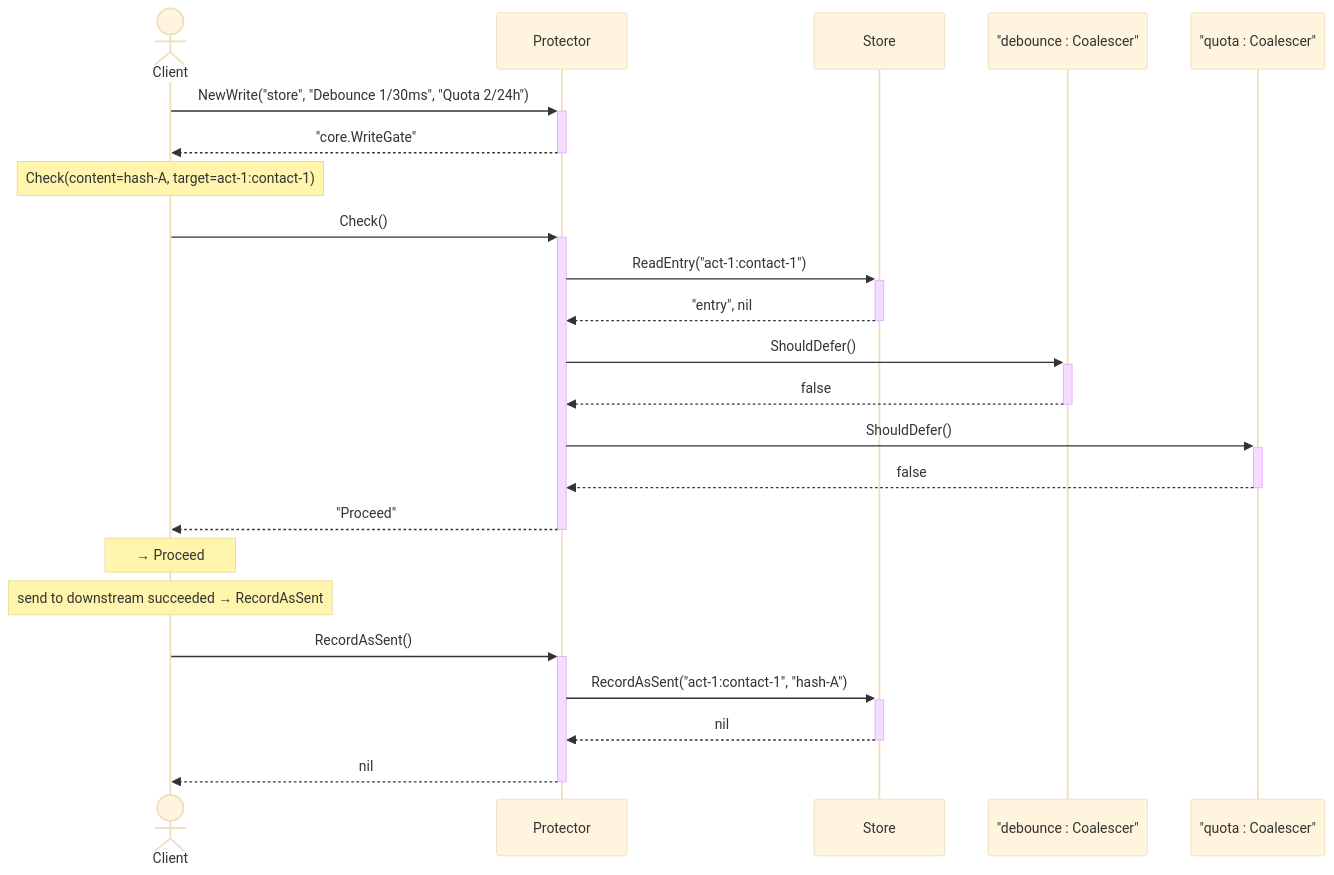
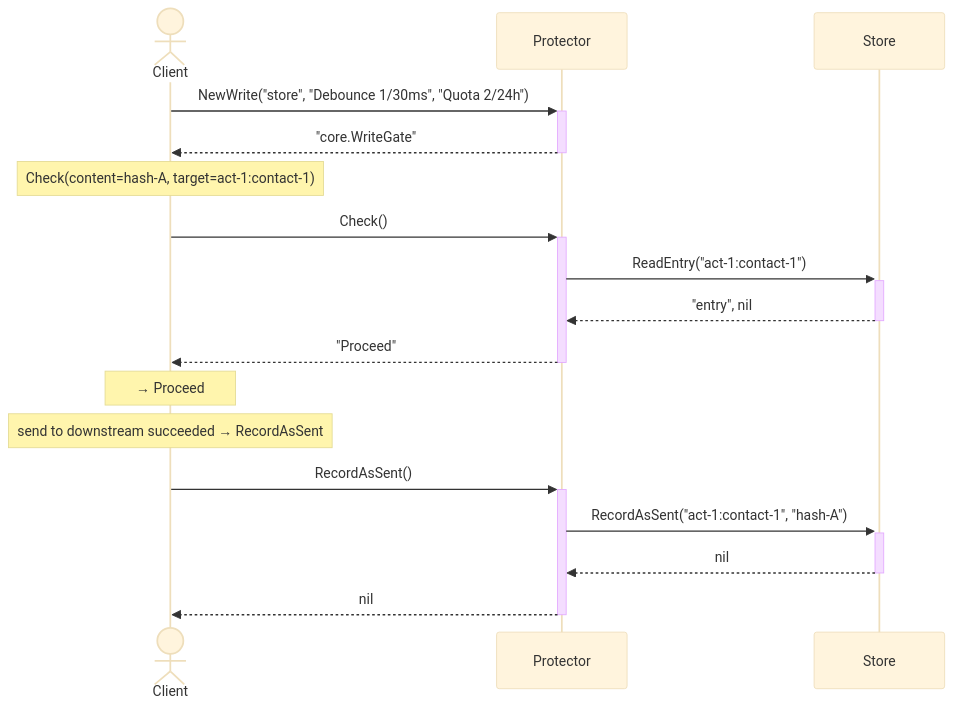
The first of 6 diagrams in internal/core/sequence_write_test.md (homemade/pith), drawn with Mermaid (base theme) before and after one commit. The commit also changed other lines of this file and 13 other files, not shown here.

````diff
--- a/internal/core/sequence_write_test.md
+++ b/internal/core/sequence_write_test.md
@@ -7,26 +7,20 @@
 ```mermaid
 sequenceDiagram
     actor Client
     participant Protector
     participant Store
-    participant Debounce as "debounce : Coalescer"
-    participant Quota as "quota : Coalescer"
 
     Client->>+Protector: NewWrite("store", "Debounce 1/30ms", "Quota 2/24h")
     Protector-->>-Client: "core.WriteGate"
     Note over Client: Check(content=hash-A, target=act-1:contact-1)
     Client->>+Protector: Check()
     Protector->>+Store: ReadEntry("act-1:contact-1")
     Store-->>-Protector: "entry", nil
-    Protector->>+Debounce: ShouldDefer()
-    Debounce-->>-Protector: false
-    Protector->>+Quota: ShouldDefer()
-    Quota-->>-Protector: false
     Protector-->>-Client: "Proceed"
     Note over Client: → Proceed
     Note over Client: send to downstream succeeded → RecordAsSent
     Client->>+Protector: RecordAsSent()
     Protector->>+Store: RecordAsSent("act-1:contact-1", "hash-A")
     Store-->>-Protector: nil
     Protector-->>-Client: nil
 ```
````
